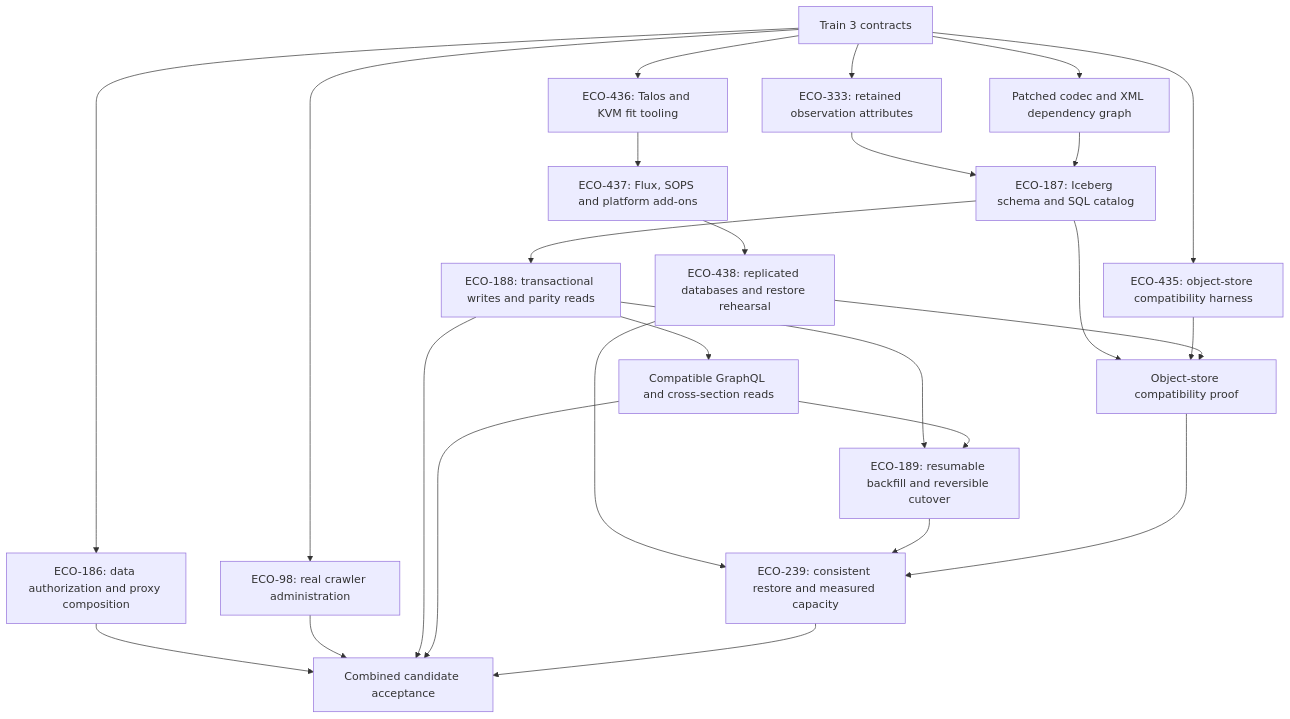
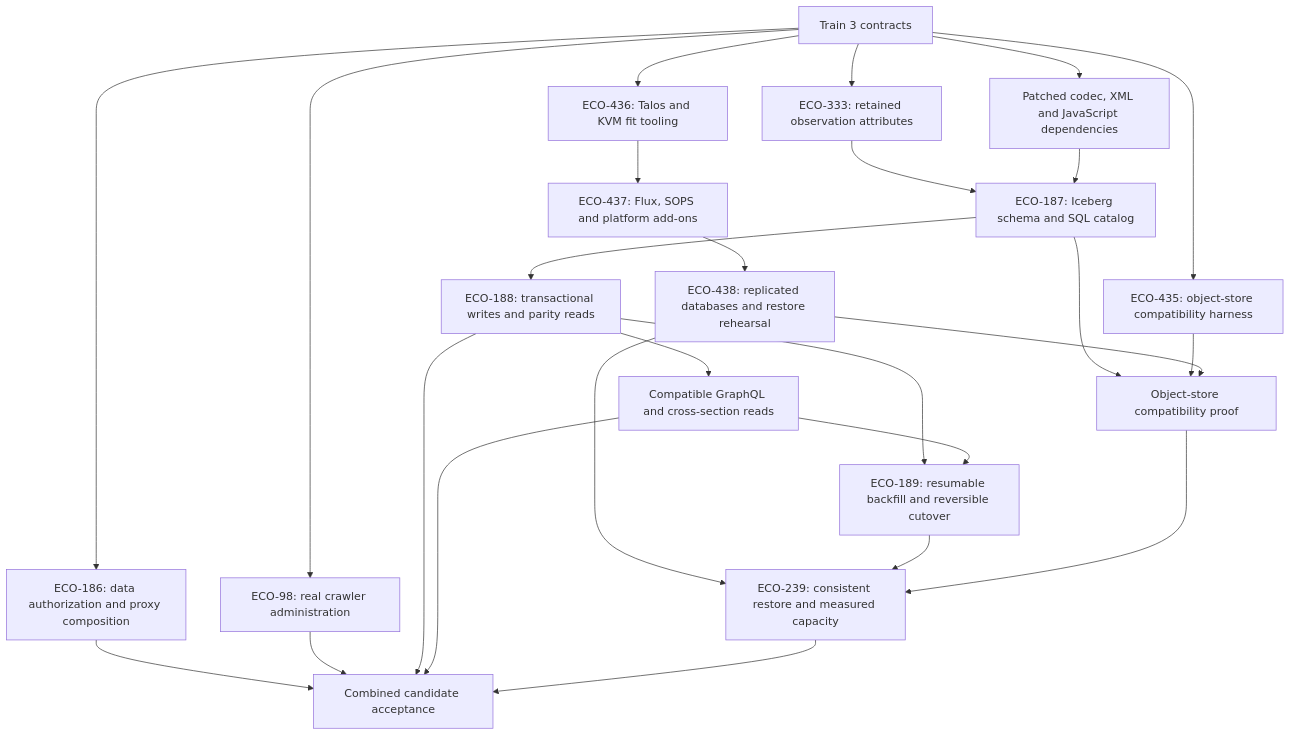
One commit to EconGraph/econ-graph changed the diagram in docs/development/TRAIN4.md. Above: the diagram before and after it, drawn with Mermaid. The commit also changed other lines of this file, not shown here.

````diff
--- a/docs/development/TRAIN4.md
+++ b/docs/development/TRAIN4.md
@@ -12,28 +12,28 @@
 ```mermaid
 flowchart TD
     T3[Train 3 contracts] --> Access[ECO-186: data authorization and proxy composition]
     T3 --> Admin[ECO-98: real crawler administration]
     T3 --> Attributes[ECO-333: retained observation attributes]
     T3 --> Talos[ECO-436: Talos and KVM fit tooling]
     T3 --> Probe[ECO-435: object-store compatibility harness]
     Talos --> Flux[ECO-437: Flux, SOPS and platform add-ons]
     Flux --> CNPG[ECO-438: replicated databases and restore rehearsal]
     Attributes --> Catalog[ECO-187: Iceberg schema and SQL catalog]
-    T3 --> Dependencies[Patched codec and XML dependency graph]
+    T3 --> Dependencies[Patched codec, XML and JavaScript dependencies]
     Dependencies --> Catalog
     Catalog --> Store[ECO-188: transactional writes and parity reads]
     Store --> Readers[Compatible GraphQL and cross-section reads]
     Catalog --> Smoke[Object-store compatibility proof]
     Probe --> Smoke
     CNPG --> Smoke
     Store --> Migration[ECO-189: resumable backfill and reversible cutover]
     Readers --> Migration
     CNPG --> Recovery[ECO-239: consistent restore and measured capacity]
     Migration --> Recovery
     Smoke --> Recovery
     Access --> Combined[Combined candidate acceptance]
     Admin --> Combined
     Store --> Combined
     Readers --> Combined
     Recovery --> Combined
 ```
````
